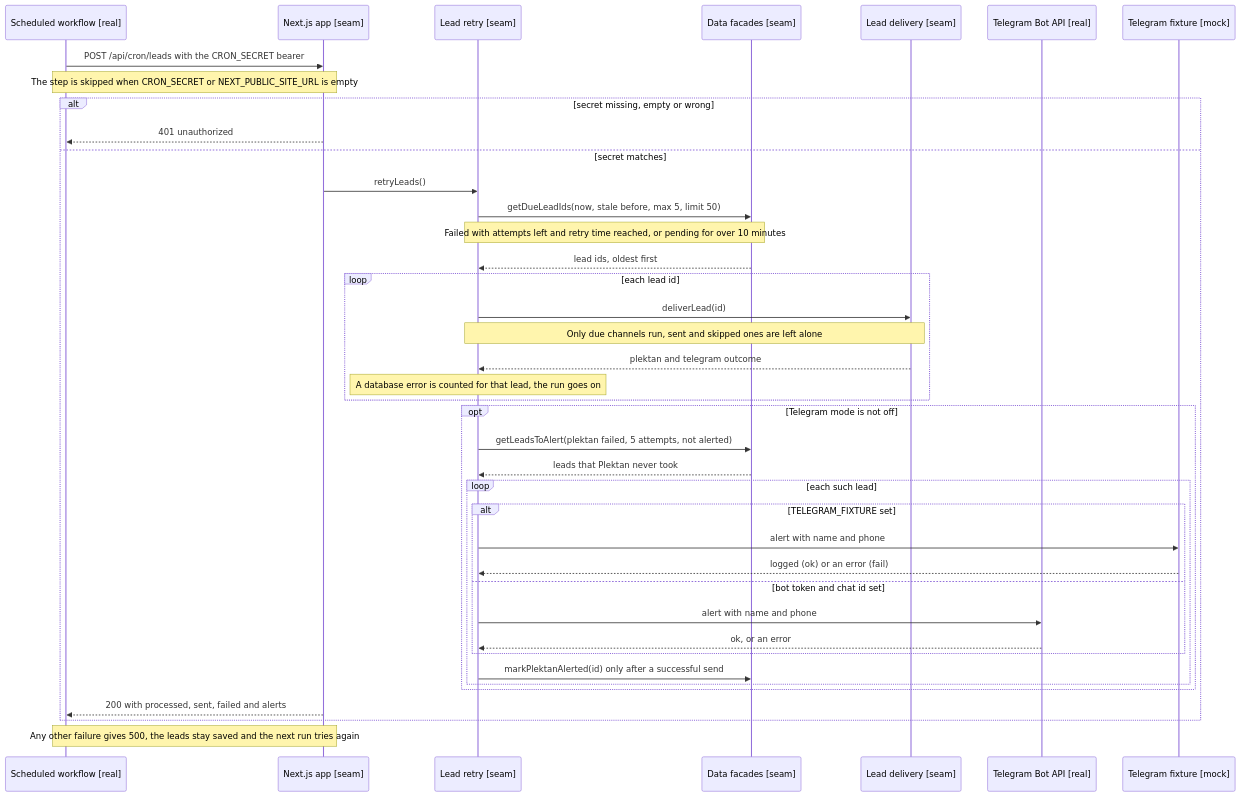
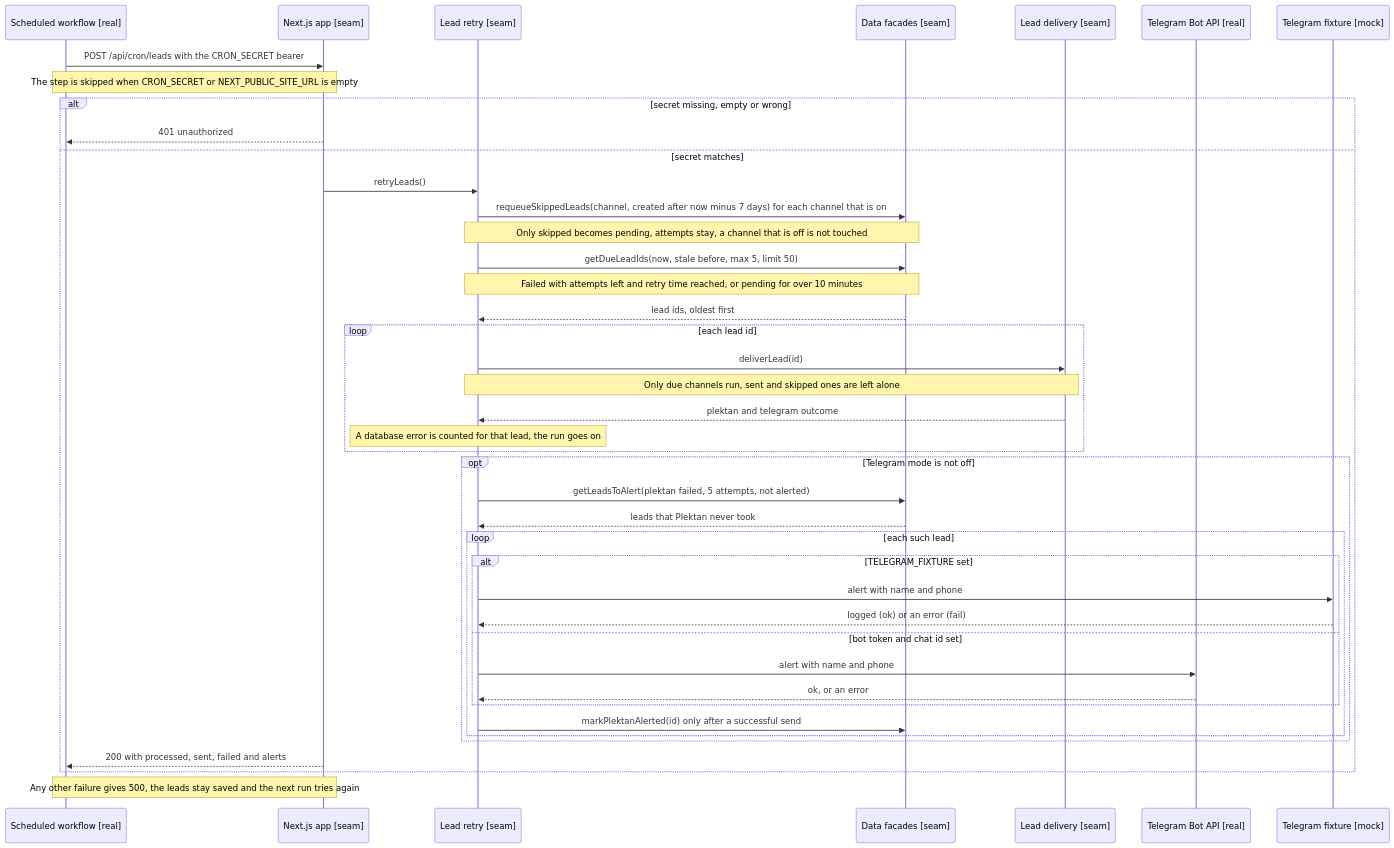
Before and after one commit to kushnir-serhii/real-estate: the ninth of 12 diagrams in docs/diagrams.md, drawn with Mermaid. The commit also changed other lines of this file and 17 other files, not shown here.

````diff
--- a/docs/diagrams.md
+++ b/docs/diagrams.md
@@ -932,43 +933,45 @@
 ```mermaid
 sequenceDiagram
     participant cron as Scheduled workflow [real]
     participant app as Next.js app [seam]
     participant retry as Lead retry [seam]
     participant facade as Data facades [seam]
     participant deliver as Lead delivery [seam]
     participant telegram as Telegram Bot API [real]
     participant telegramfx as Telegram fixture [mock]
 
     cron->>app: POST /api/cron/leads with the CRON_SECRET bearer
     Note over cron,app: The step is skipped when CRON_SECRET or NEXT_PUBLIC_SITE_URL is empty
     alt secret missing, empty or wrong
         app-->>cron: 401 unauthorized
     else secret matches
         app->>retry: retryLeads()
+        retry->>facade: requeueSkippedLeads(channel, created after now minus 7 days) for each channel that is on
+        Note over retry,facade: Only skipped becomes pending, attempts stay, a channel that is off is not touched
         retry->>facade: getDueLeadIds(now, stale before, max 5, limit 50)
         Note over retry,facade: Failed with attempts left and retry time reached, or pending for over 10 minutes
         facade-->>retry: lead ids, oldest first
         loop each lead id
             retry->>deliver: deliverLead(id)
             Note over retry,deliver: Only due channels run, sent and skipped ones are left alone
             deliver-->>retry: plektan and telegram outcome
             Note over retry: A database error is counted for that lead, the run goes on
         end
         opt Telegram mode is not off
             retry->>facade: getLeadsToAlert(plektan failed, 5 attempts, not alerted)
             facade-->>retry: leads that Plektan never took
             loop each such lead
                 alt TELEGRAM_FIXTURE set
                     retry->>telegramfx: alert with name and phone
                     telegramfx-->>retry: logged (ok) or an error (fail)
                 else bot token and chat id set
                     retry->>telegram: alert with name and phone
                     telegram-->>retry: ok, or an error
                 end
                 retry->>facade: markPlektanAlerted(id) only after a successful send
             end
         end
         app-->>cron: 200 with processed, sent, failed and alerts
     end
     Note over cron,app: Any other failure gives 500, the leads stay saved and the next run tries again
 ```
````
